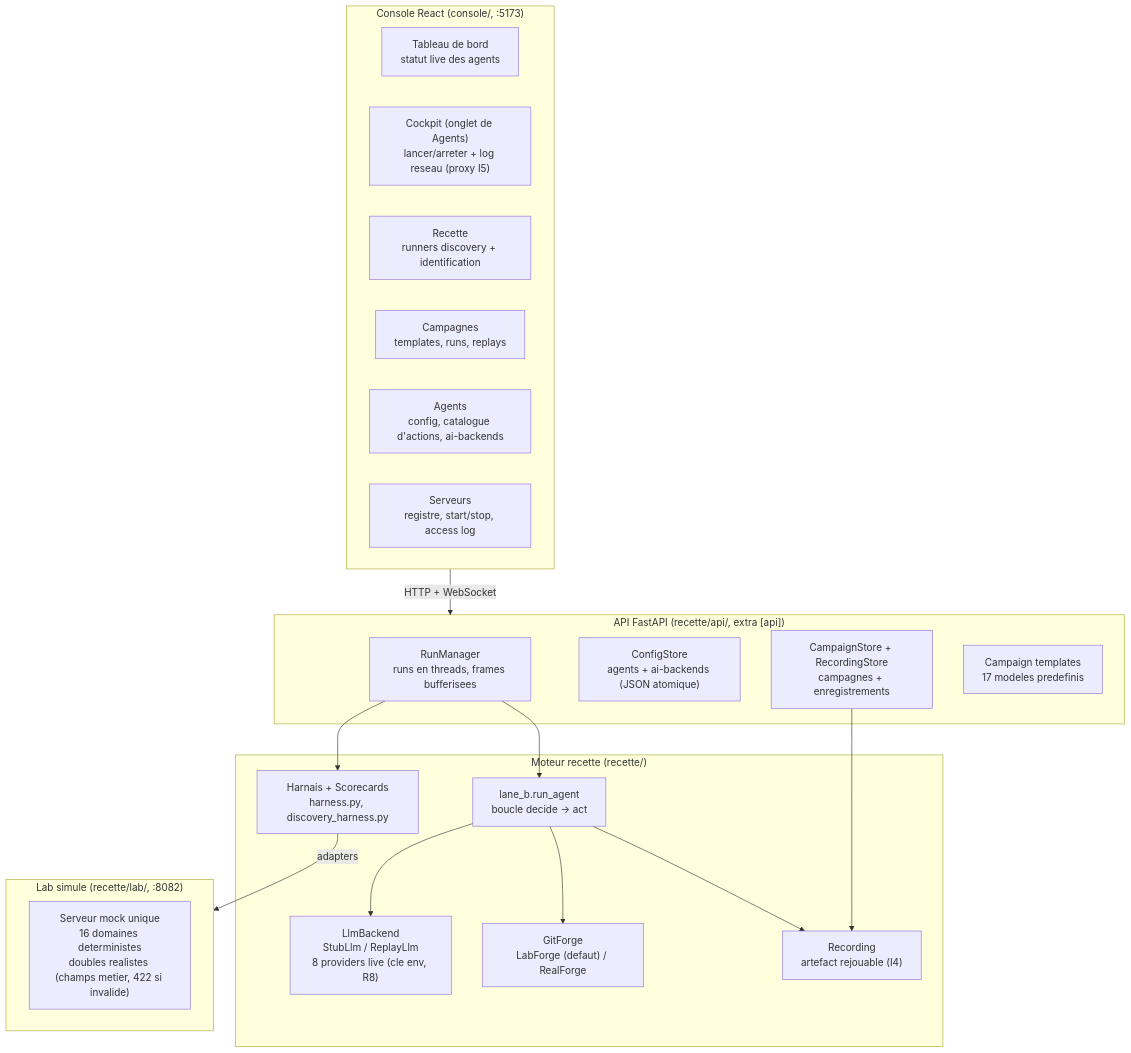
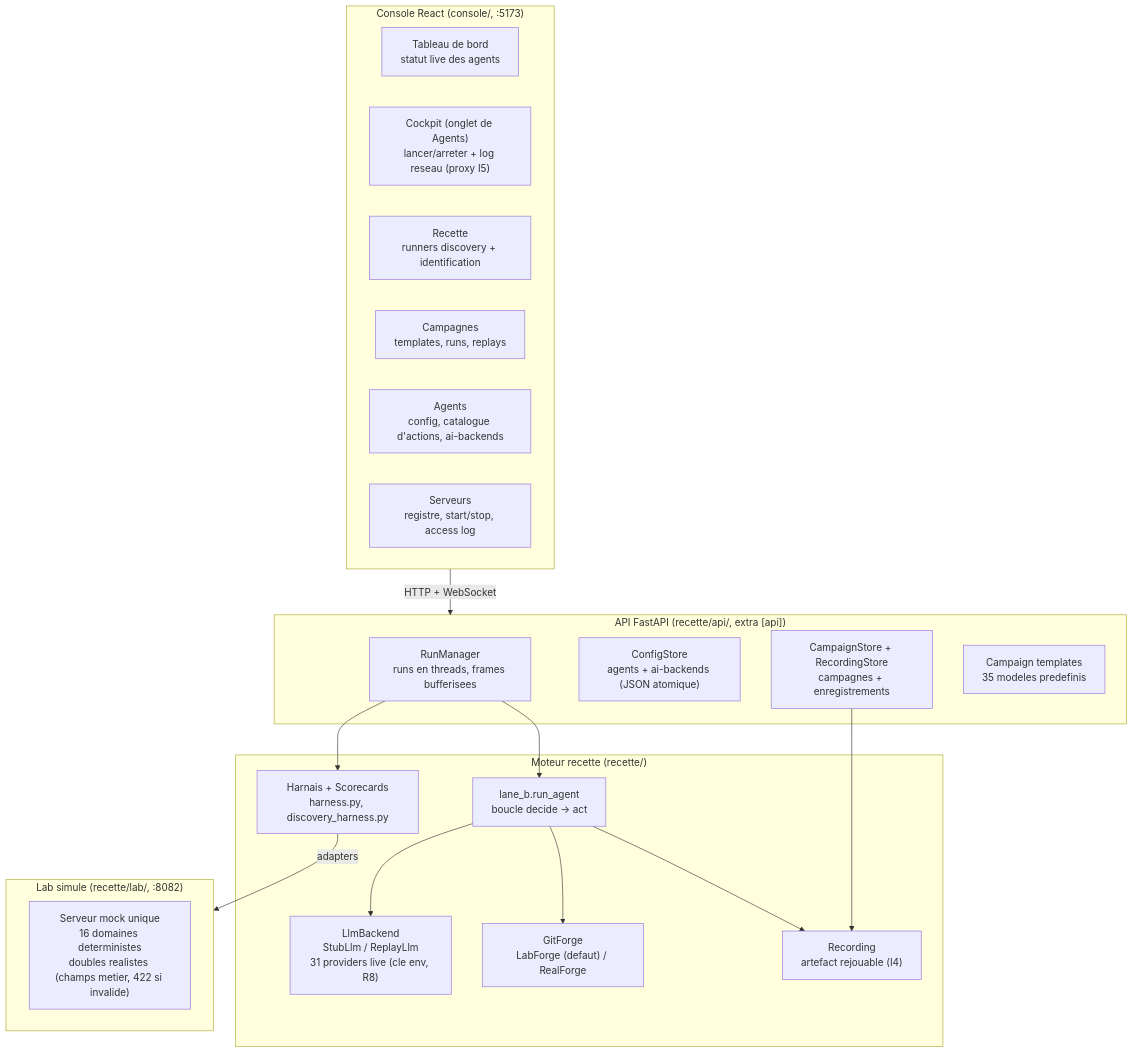
Before and after one commit to mo0ogly/recette_IA_agents: the second of 12 diagrams in docs/ARCHITECTURE.md, drawn with Mermaid. The commit also changed other lines of this file and 1 other file, not shown here.

First line of the commit message:
docs: fix stale counts in ARCHITECTURE + add SKYNET presentation deck

````diff
--- a/docs/ARCHITECTURE.md
+++ b/docs/ARCHITECTURE.md
@@ -74,39 +74,39 @@
 ```mermaid
 flowchart TB
   subgraph CONSOLE["Console React (console/, :5173)"]
     DASH["Tableau de bord<br/>statut live des agents"]
     COCK["Cockpit (onglet de Agents)<br/>lancer/arreter + log reseau (proxy I5)"]
     RUNTAB["Recette<br/>runners discovery + identification"]
     CAMP["Campagnes<br/>templates, runs, replays"]
     AGENTS["Agents<br/>config, catalogue d'actions, ai-backends"]
     SRVTAB["Serveurs<br/>registre, start/stop, access log"]
   end
 
   subgraph API["API FastAPI (recette/api/, extra [api])"]
     RM["RunManager<br/>runs en threads, frames bufferisees"]
     CFG["ConfigStore<br/>agents + ai-backends (JSON atomique)"]
     CSTORE["CampaignStore + RecordingStore<br/>campagnes + enregistrements"]
-    TPL["Campaign templates<br/>17 modeles predefinis"]
+    TPL["Campaign templates<br/>35 modeles predefinis"]
   end
 
   subgraph ENGINE["Moteur recette (recette/)"]
     LANEB["lane_b.run_agent<br/>boucle decide -> act"]
-    LLM["LlmBackend<br/>StubLlm / ReplayLlm<br/>8 providers live (cle env, R8)"]
+    LLM["LlmBackend<br/>StubLlm / ReplayLlm<br/>31 providers live (cle env, R8)"]
     FORGE["GitForge<br/>LabForge (defaut) / RealForge"]
     REC["Recording<br/>artefact rejouable (I4)"]
     HARN["Harnais + Scorecards<br/>harness.py, discovery_harness.py"]
   end
 
   subgraph LAB["Lab simule (recette/lab/, :8082)"]
     MOCK["Serveur mock unique<br/>16 domaines deterministes<br/>doubles realistes (champs metier, 422 si invalide)"]
   end
 
   CONSOLE -->|"HTTP + WebSocket"| API
   RM --> LANEB
   LANEB --> LLM
   LANEB --> FORGE
   LANEB --> REC
   RM --> HARN
   HARN -->|"adapters"| LAB
   CSTORE --> REC
 ```
````
